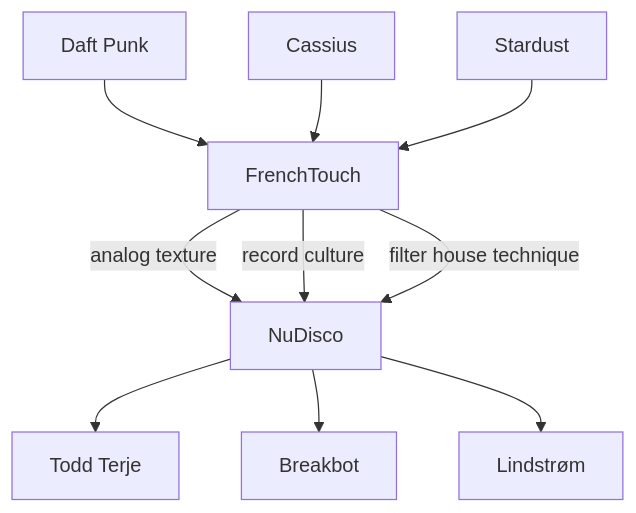
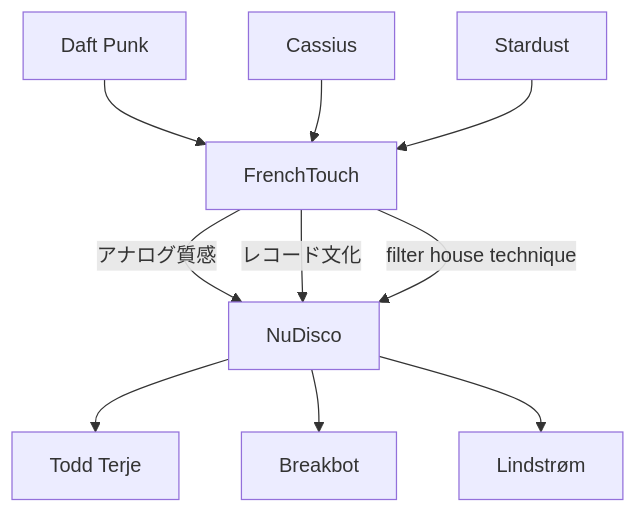
One commit to monumental-movement/monumental-movement.github.io changed the first of 2 diagrams in en/_posts/2025-12-07-column-french-touch.md. Above: the diagram before and after it, drawn with Mermaid. The commit also changed other lines of this file and 2196 other files, not shown here.

```diff
--- a/en/_posts/2025-12-07-column-french-touch.md
+++ b/en/_posts/2025-12-07-column-french-touch.md
@@ -214,14 +213,14 @@
 <div class="mermaid">
 flowchart TD
     DaftPunk["Daft Punk"] --> FrenchTouch
     Cassius["Cassius"] --> FrenchTouch
     Stardust["Stardust"] --> FrenchTouch
 
-    FrenchTouch -->|analog texture| NuDisco
-    FrenchTouch -->|record culture| NuDisco
+    FrenchTouch -->|アナログ質感| NuDisco
+    FrenchTouch -->|レコード文化| NuDisco
     FrenchTouch -->|filter house technique| NuDisco
 
     NuDisco --> ToddTerje["Todd Terje"]
     NuDisco --> Breakbot["Breakbot"]
     NuDisco --> Lindstrom["Lindstrøm"]
 </div>
```
